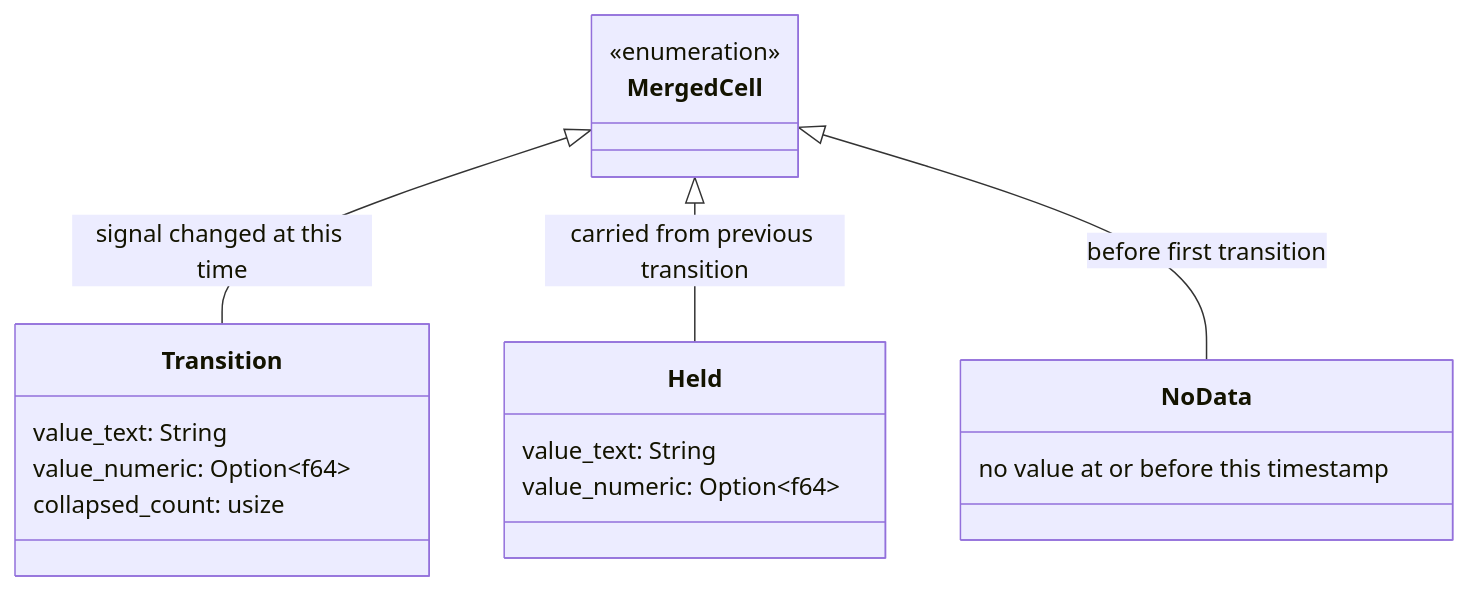
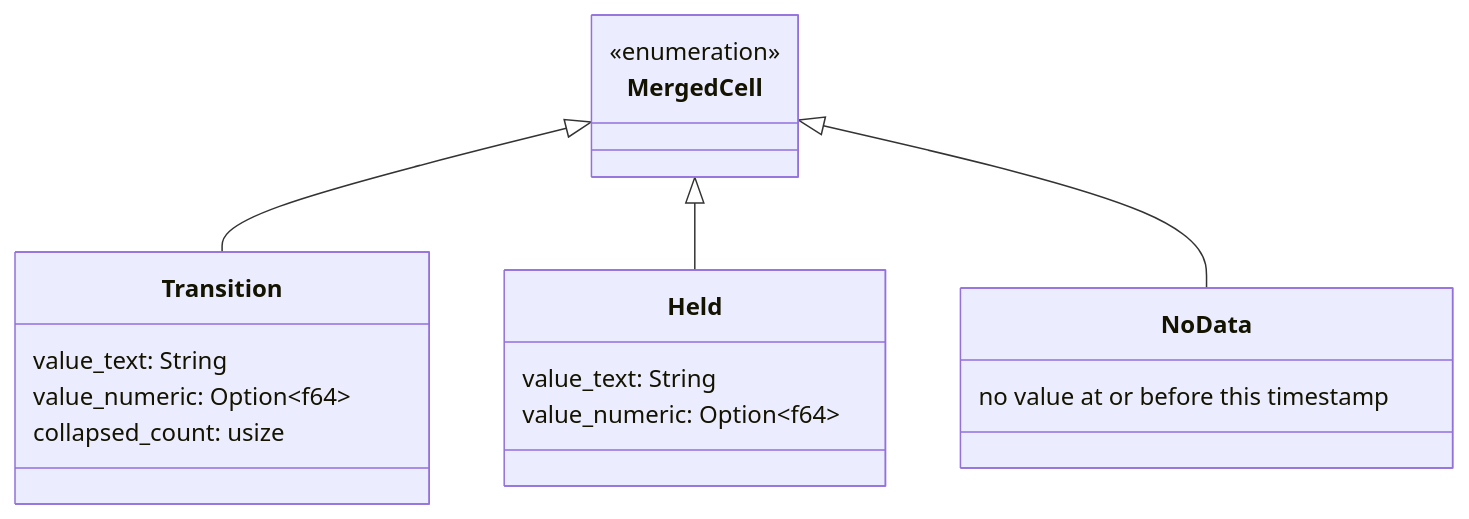
One commit to ripopov/surfer changed the third of 3 diagrams in MultiSignalChangeList.md. Above: the diagram before and after it, drawn with Mermaid. The commit also changed other lines of this file, not shown here.

Commit message:
Refine sparse multi-signal change list spec

````diff
--- a/MultiSignalChangeList.md
+++ b/MultiSignalChangeList.md
@@ -74,21 +111,21 @@
 ```mermaid
 classDiagram
     class MergedCell {
         <<enumeration>>
     }
     class Transition {
         value_text: String
         value_numeric: Option~f64~
         collapsed_count: usize
     }
     class Held {
         value_text: String
         value_numeric: Option~f64~
     }
     class NoData {
         no value at or before this timestamp
     }
-    MergedCell <|-- Transition : signal changed at this time
-    MergedCell <|-- Held : carried from previous transition
-    MergedCell <|-- NoData : before first transition
+    MergedCell <|-- Transition
+    MergedCell <|-- Held
+    MergedCell <|-- NoData
 ```
````
